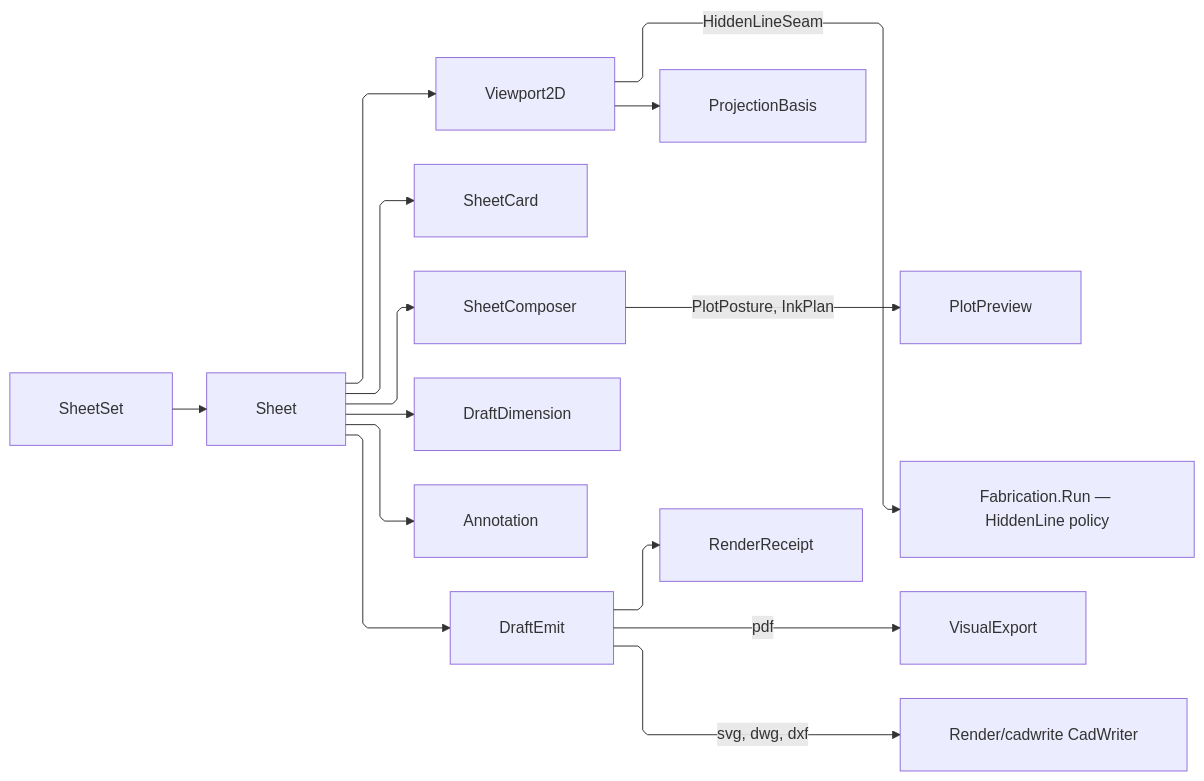
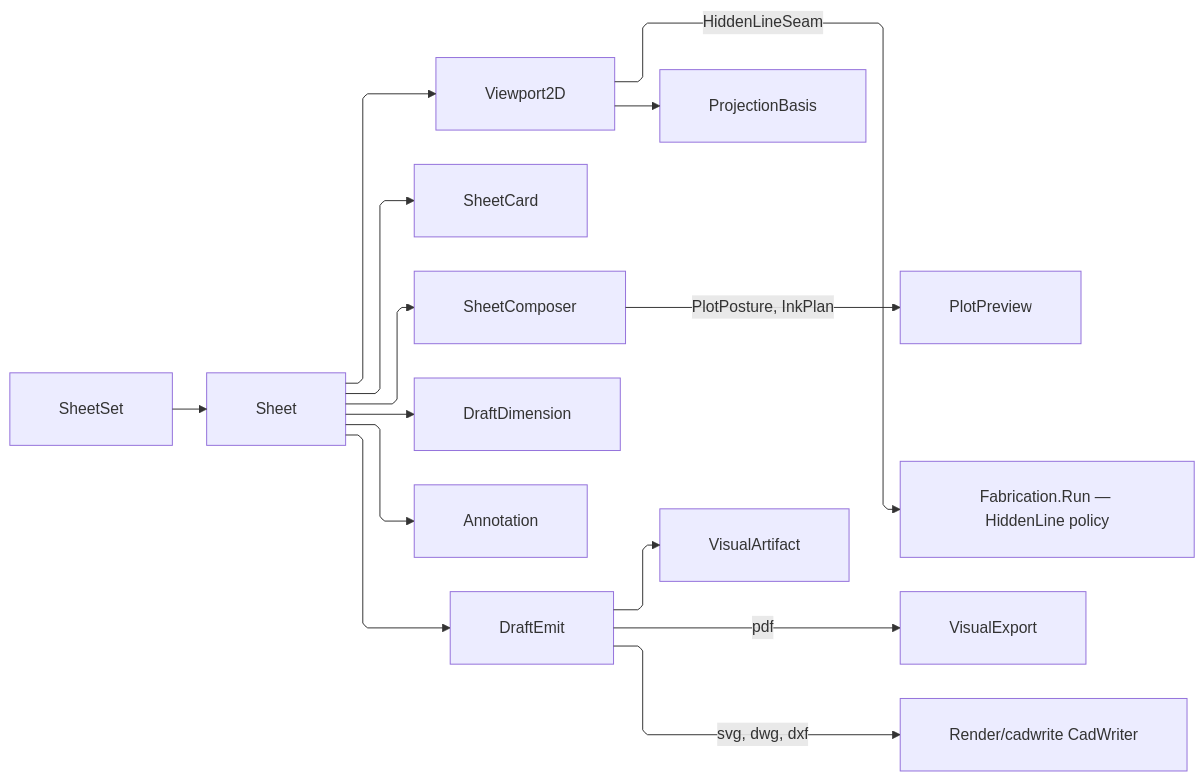
The diagram in libs/dotnet/Rasm.AppUi/.planning/Render/drafting.md (bsamiee/Rasm), drawn with Mermaid before and after one commit. The commit also changed other lines of this file and 1417 other files, not shown here.

````diff
--- a/libs/dotnet/Rasm.AppUi/.planning/Render/drafting.md
+++ b/libs/dotnet/Rasm.AppUi/.planning/Render/drafting.md
@@ -843,25 +843,25 @@
 ```mermaid
 ---
 config:
   layout: elk
   flowchart:
     curve: linear
     padding: 25
 ---
 flowchart LR
     accTitle: Drafting projection and export flow
     accDescr: Sheet geometry, annotations, and title data project once before PDF, SVG, DWG, or DXF emission.
     SheetSet --> Sheet
     Sheet --> Viewport2D
     Viewport2D --> ProjectionBasis
     Sheet --> SheetCard
     Sheet --> SheetComposer
     SheetComposer -->|PlotPosture, InkPlan| PlotPreview
     Viewport2D -->|HiddenLineSeam| Hlr["Fabrication.Run — HiddenLine policy"]
     Sheet --> DraftDimension
     Sheet --> Annotation
     Sheet --> DraftEmit
     DraftEmit -->|pdf| VisualExport
     DraftEmit -->|svg, dwg, dxf| CadWriter["Render/cadwrite CadWriter"]
-    DraftEmit --> RenderReceipt
+    DraftEmit --> VisualArtifact
 ```
````
